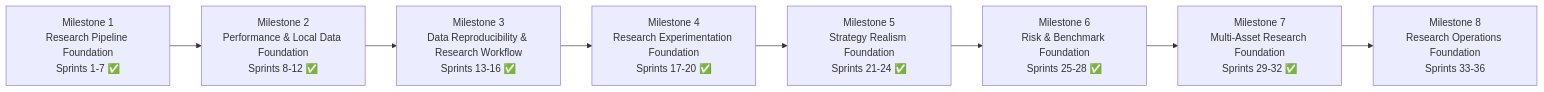
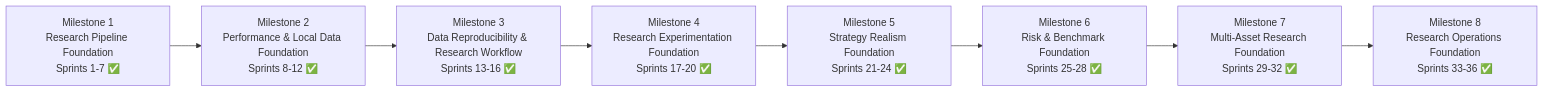
One commit to yanxinnnnnn/El-Psy-Quant changed the diagram in docs/roadmap.md. Above: the diagram before and after it, drawn with Mermaid. The commit also changed other lines of this file, not shown here.

Commit message:
Mark Milestone 8 complete in roadmap

````diff
--- a/docs/roadmap.md
+++ b/docs/roadmap.md
@@ -15,10 +15,10 @@
 ```mermaid
 flowchart LR
     M1["Milestone 1<br/>Research Pipeline Foundation<br/>Sprints 1-7 ✅"] --> M2["Milestone 2<br/>Performance & Local Data Foundation<br/>Sprints 8-12 ✅"]
     M2 --> M3["Milestone 3<br/>Data Reproducibility & Research Workflow<br/>Sprints 13-16 ✅"]
     M3 --> M4["Milestone 4<br/>Research Experimentation Foundation<br/>Sprints 17-20 ✅"]
     M4 --> M5["Milestone 5<br/>Strategy Realism Foundation<br/>Sprints 21-24 ✅"]
     M5 --> M6["Milestone 6<br/>Risk & Benchmark Foundation<br/>Sprints 25-28 ✅"]
     M6 --> M7["Milestone 7<br/>Multi-Asset Research Foundation<br/>Sprints 29-32 ✅"]
-    M7 --> M8["Milestone 8<br/>Research Operations Foundation<br/>Sprints 33-36"]
+    M7 --> M8["Milestone 8<br/>Research Operations Foundation<br/>Sprints 33-36 ✅"]
 ```
````
